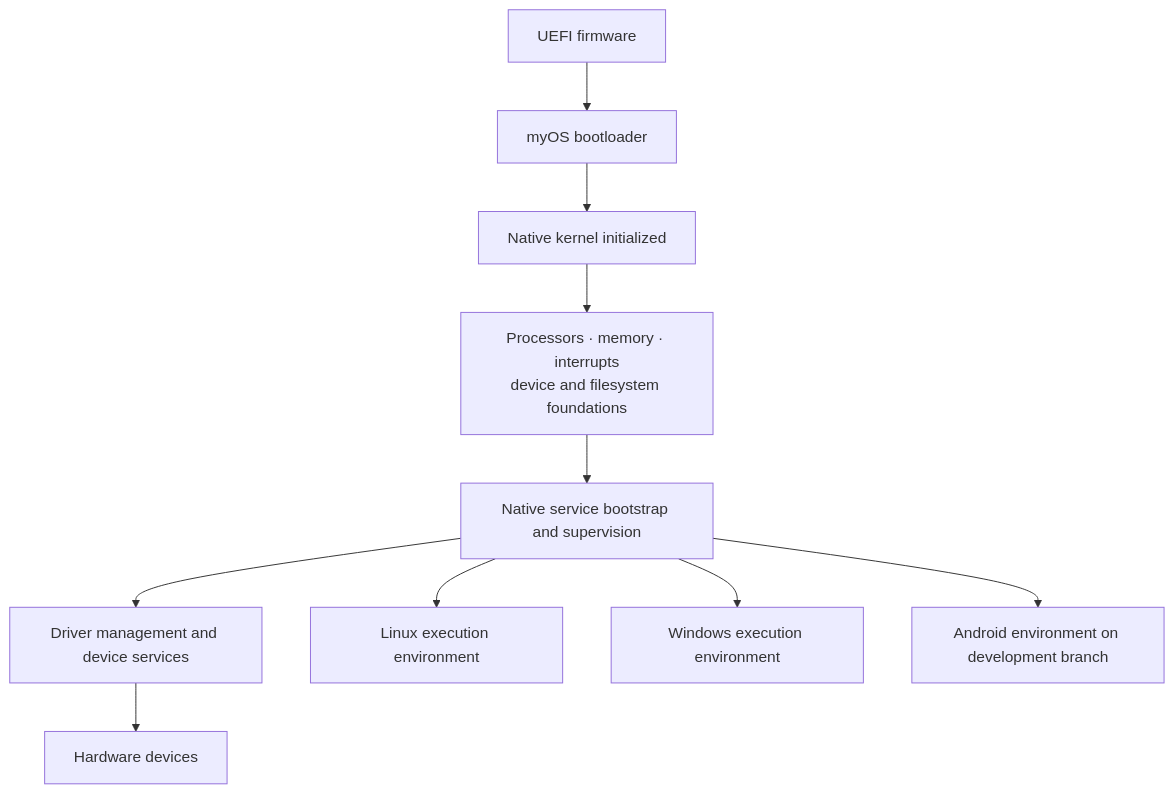
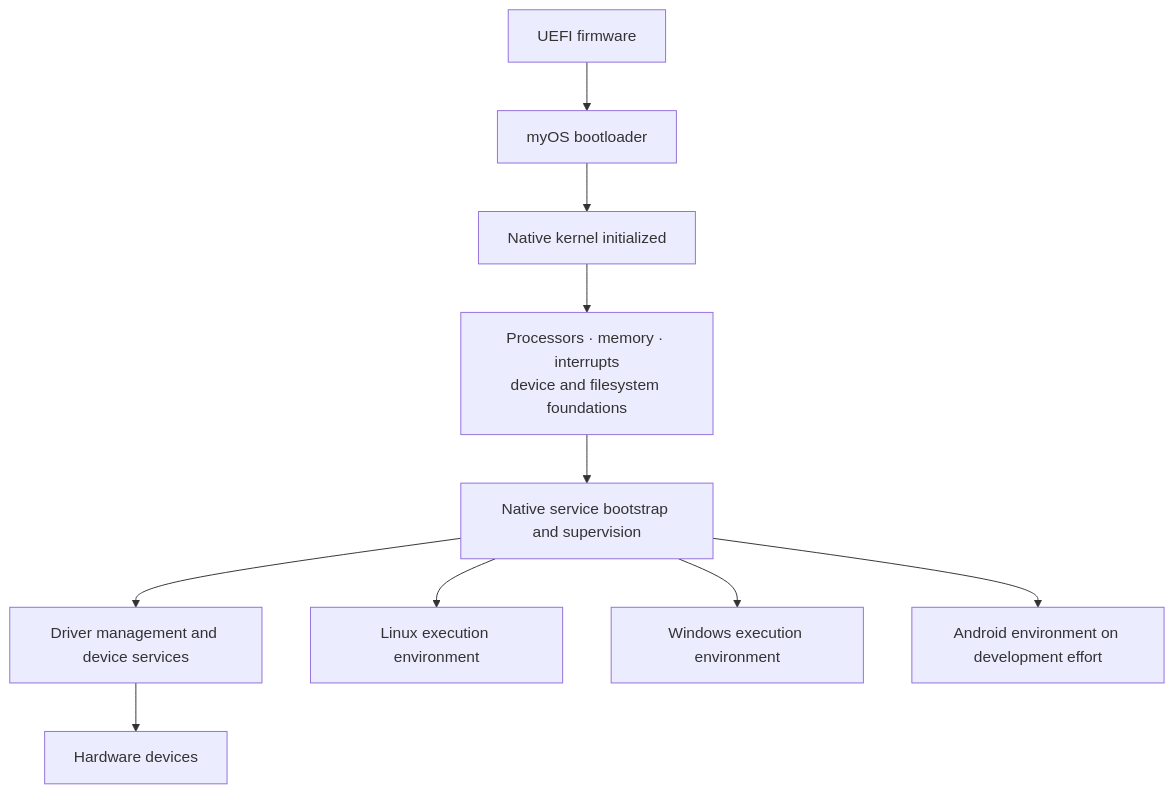
Before and after one commit to aslomp/myOS-public: the first of 3 diagrams in docs/06-boot-and-service-lifecycle.md, drawn with Mermaid. The commit also changed other lines of this file, not shown here.

Commit message:
docs: remove internal development-line and artifact references

````diff
--- a/docs/06-boot-and-service-lifecycle.md
+++ b/docs/06-boot-and-service-lifecycle.md
@@ -7,12 +7,12 @@
 ```mermaid
 flowchart TD
   FW["UEFI firmware"] --> BOOT["myOS bootloader"]
   BOOT --> K["Native kernel initialized"]
   K --> RES["Processors · memory · interrupts<br/>device and filesystem foundations"]
   RES --> SUP["Native service bootstrap and supervision"]
   SUP --> DR["Driver management and device services"]
   SUP --> LR["Linux execution environment"]
   SUP --> WR["Windows execution environment"]
-  SUP --> AND["Android environment on development branch"]
+  SUP --> AND["Android environment on development effort"]
   DR --> HW["Hardware devices"]
 ```
````
